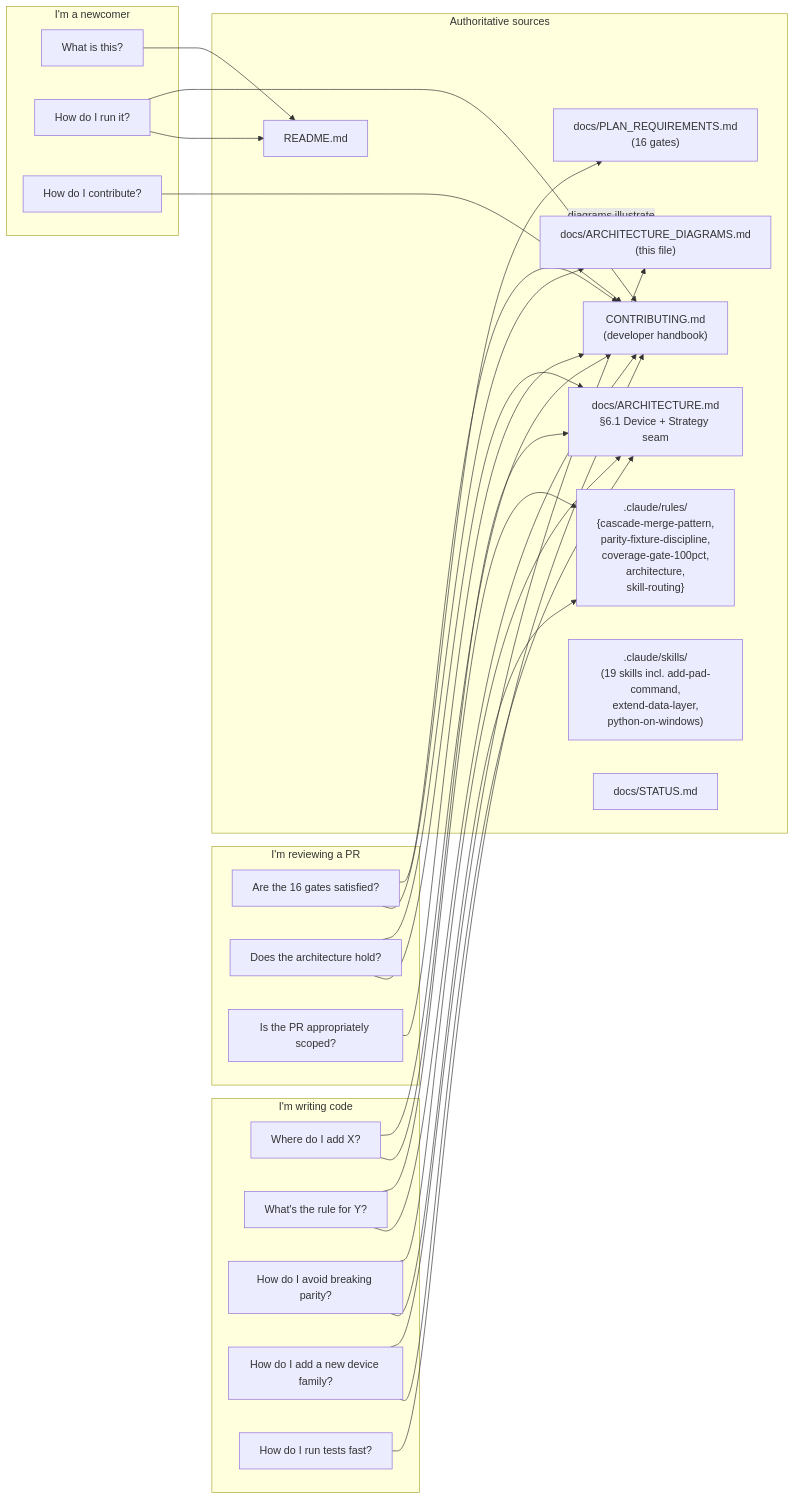
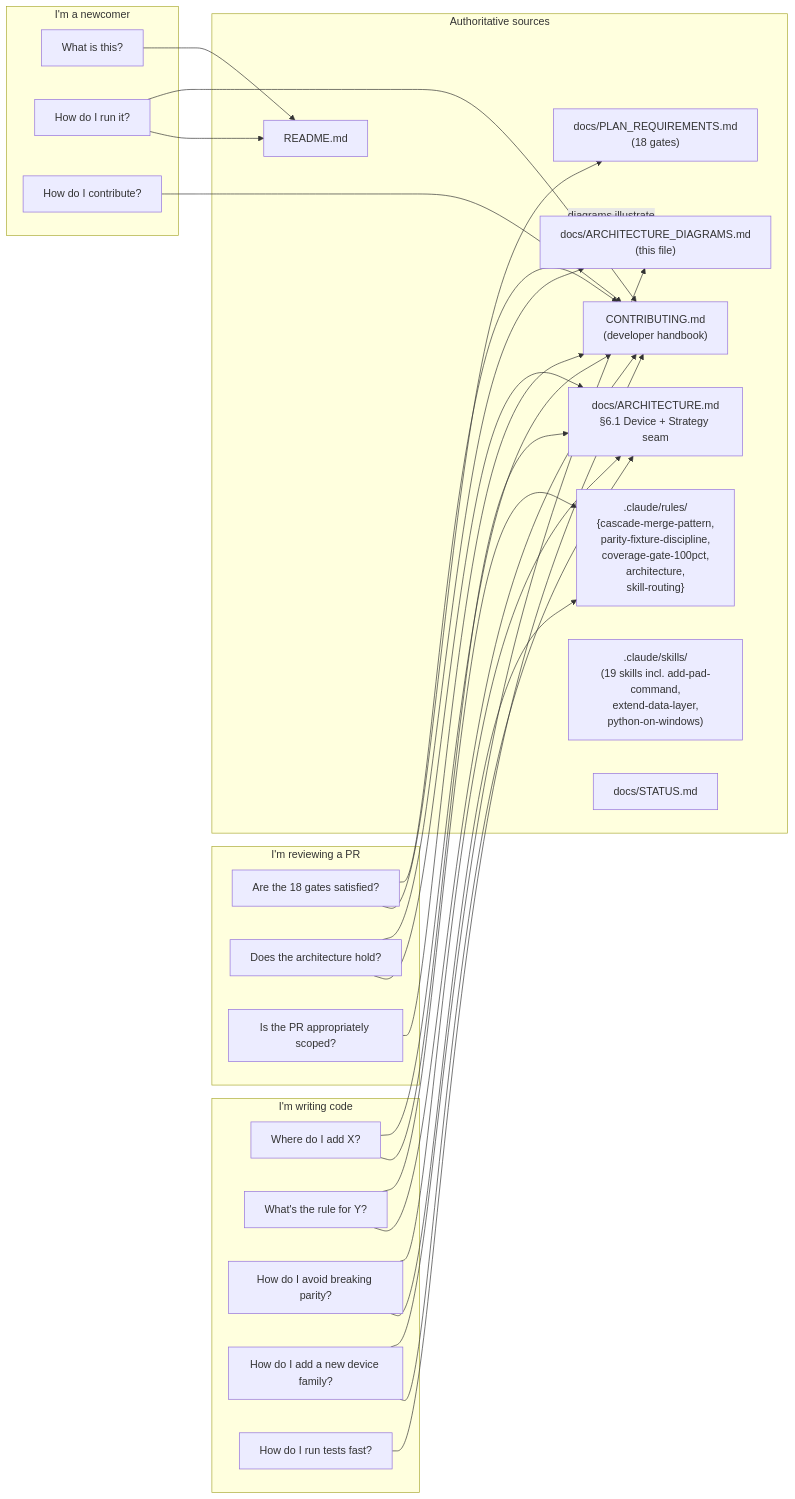
Diagram 26 of 26 in docs/ARCHITECTURE_DIAGRAMS.md (buzzijose-hub/RytmRandomizer), drawn with Mermaid before and after one commit. The commit also changed other lines of this file and 22 other files, not shown here.

````diff
--- a/docs/ARCHITECTURE_DIAGRAMS.md
+++ b/docs/ARCHITECTURE_DIAGRAMS.md
@@ -1516,56 +1518,56 @@
 ```mermaid
 flowchart LR
     subgraph Newcomer["I'm a newcomer"]
         N1["What is this?"]
         N2["How do I run it?"]
         N3["How do I contribute?"]
     end
 
     subgraph Contributor["I'm writing code"]
         C1["Where do I add X?"]
         C2["What's the rule for Y?"]
         C3["How do I avoid breaking parity?"]
         C4["How do I add a new device family?"]
         C5["How do I run tests fast?"]
     end
 
     subgraph Reviewer["I'm reviewing a PR"]
-        R1["Are the 16 gates satisfied?"]
+        R1["Are the 18 gates satisfied?"]
         R2["Does the architecture hold?"]
         R3["Is the PR appropriately scoped?"]
     end
 
     subgraph Sources["Authoritative sources"]
         README["README.md"]
         CONTRIB["CONTRIBUTING.md<br/>(developer handbook)"]
         ARCH["docs/ARCHITECTURE.md<br/>§6.1 Device + Strategy seam"]
         DIAG["docs/ARCHITECTURE_DIAGRAMS.md<br/>(this file)"]
-        PLAN_REQ["docs/PLAN_REQUIREMENTS.md<br/>(16 gates)"]
+        PLAN_REQ["docs/PLAN_REQUIREMENTS.md<br/>(18 gates)"]
         RULES[".claude/rules/<br/>{cascade-merge-pattern,<br/>parity-fixture-discipline,<br/>coverage-gate-100pct,<br/>architecture,<br/>skill-routing}"]
         SKILLS[".claude/skills/<br/>(19 skills incl. add-pad-command,<br/>extend-data-layer,<br/>python-on-windows)"]
         STATUS["docs/STATUS.md"]
     end
 
     N1 --> README
     N2 --> README
     N2 --> CONTRIB
     N3 --> CONTRIB
 
     C1 --> ARCH
     C1 --> CONTRIB
     C2 --> CONTRIB
     C2 --> RULES
     C3 --> RULES
     C3 --> ARCH
     C4 --> ARCH
     C4 --> DIAG
     C5 --> CONTRIB
 
     R1 --> PLAN_REQ
     R1 --> CONTRIB
     R2 --> ARCH
     R2 --> DIAG
     R3 --> CONTRIB
 
     Sources -.->|"diagrams illustrate"| DIAG
 ```
````
